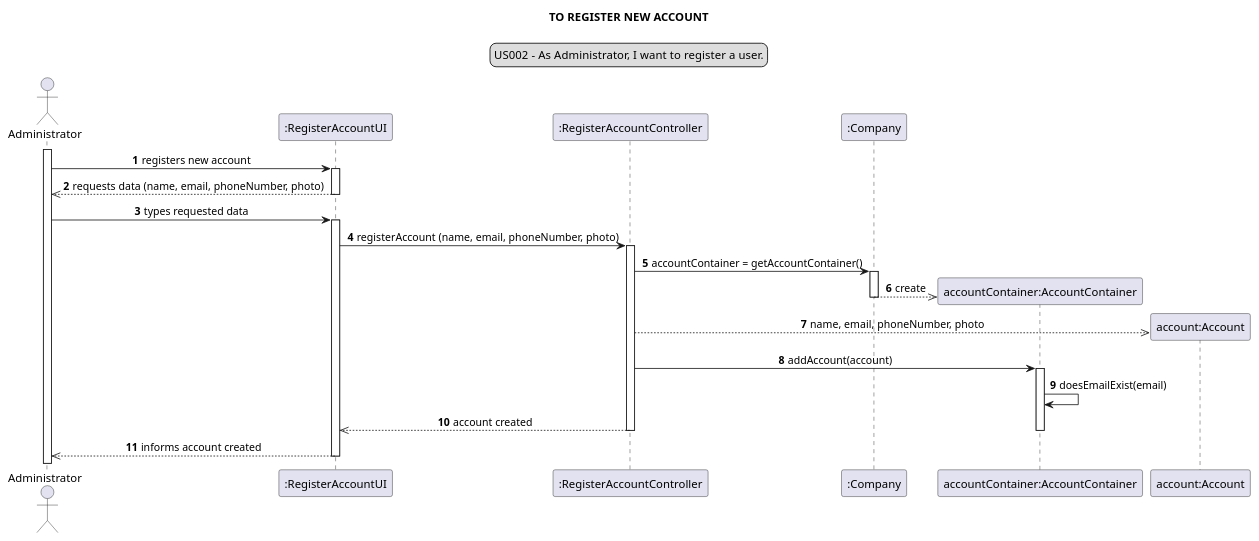
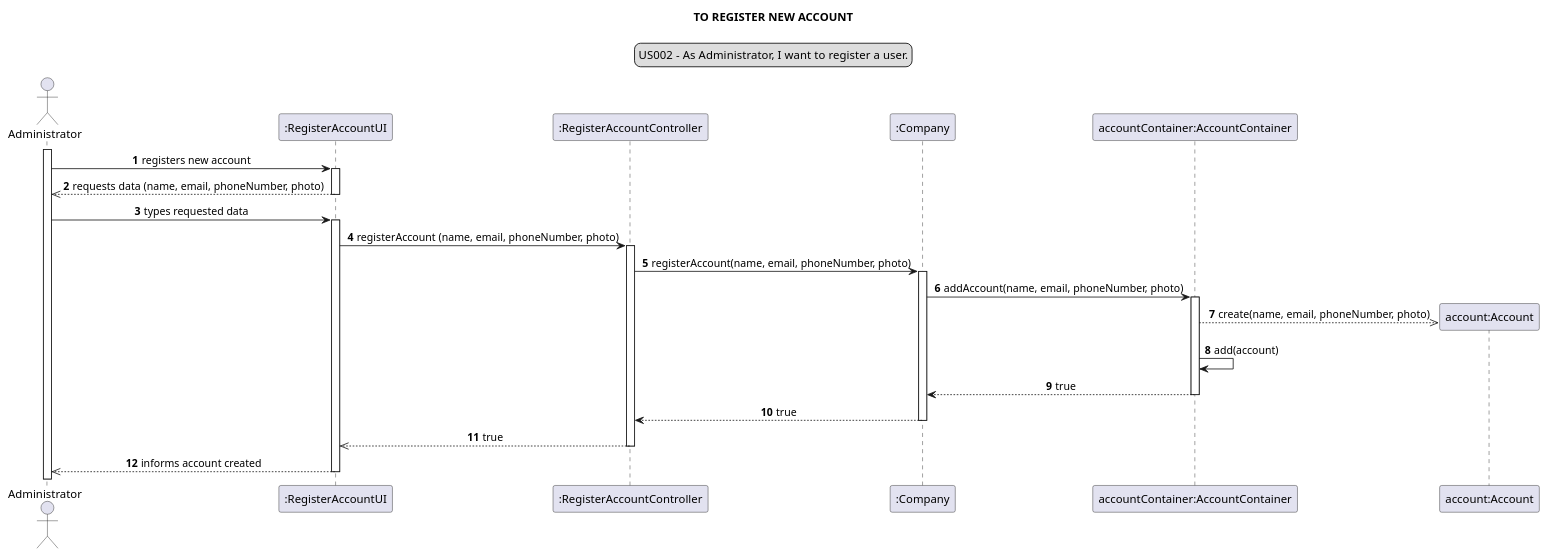
Before and after one commit to Loracline/project_switch_22-23: the diagram in docs/modelling_design/user_stories/us002/US002_sequenceDiagram.puml, drawn with PlantUML. The commit also changed 5 other files, not shown here.

Commit message:
US002|US014: Design: Refined class and sequence diagrams; US002: Development: Added registerAccount method to class Company, and refined registerAccount method in class RegisterAccountController

```diff
--- a/docs/modelling_design/user_stories/us002/US002_sequenceDiagram.puml
+++ b/docs/modelling_design/user_stories/us002/US002_sequenceDiagram.puml
@@ -1,38 +1,38 @@
 @startuml
 skinparam sequenceMessageAlign center
 title TO REGISTER NEW ACCOUNT
 legend top
 US002 - As Administrator, I want to register a user.
 end legend
 autonumber
 actor Administrator
 participant ":RegisterAccountUI" as ui
 participant ":RegisterAccountController" as controller
 participant ":Company" as comp
 participant "accountContainer:AccountContainer" as AC
 participant "account:Account" as account
 activate Administrator
 Administrator -> ui: registers new account
 activate ui
 ui -->> Administrator: requests data (name, email, phoneNumber, photo)
 deactivate ui
 Administrator -> ui: types requested data
 activate ui
 ui -> controller: registerAccount (name, email, phoneNumber, photo)
 activate controller
-controller -> comp: accountContainer = getAccountContainer()
+controller -> comp: registerAccount(name, email, phoneNumber, photo)
 activate comp
-create AC
-comp -->> AC: create
+comp -> AC: addAccount(name, email, phoneNumber, photo)
+create account
+activate AC
+AC -->> account: create(name, email, phoneNumber, photo)
+AC -> AC: add(account)
+AC --> comp: true
+deactivate AC
+comp --> controller: true
 deactivate comp
-create account
-controller -->> account: name, email, phoneNumber, photo
-controller -> AC: addAccount(account)
-activate AC
-AC -> AC: doesEmailExist(email)
-controller -->> ui: account created
-deactivate AC
+controller -->> ui: true
 deactivate controller
 ui-->> Administrator: informs account created
 deactivate ui
 @enduml
```
